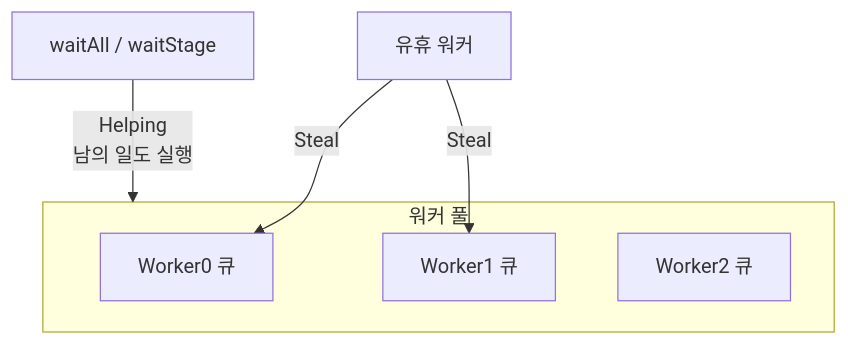
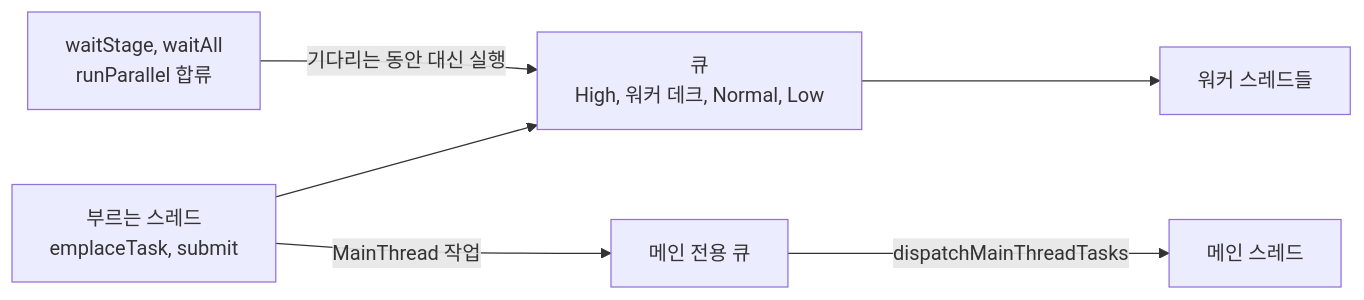
Before and after one commit to sswgame/LearningTemplate: the diagram in Source/Core/Task/README.md, drawn with Mermaid. The commit also changed other lines of this file, not shown here.

First line of the commit message:
문서 - Task README 를 따라 하기(DAG · 퓨처 · 병렬 for)와 큐 순서 · 대기 원리로 다시 쓴다

````diff
--- a/Source/Core/Task/README.md
+++ b/Source/Core/Task/README.md
@@ -306,11 +14,7 @@
 ```mermaid
-flowchart TB
-  subgraph pool ["워커 풀"]
-    W0["Worker0 큐"]
-    W1["Worker1 큐"]
-    W2["Worker2 큐"]
-  end
-  Idle["유휴 워커"] -->|Steal| W0
-  Idle -->|Steal| W1
-  Wait["waitAll / waitStage"] -->|Helping<br/>남의 일도 실행| pool
+flowchart LR
+  Caller["부르는 스레드<br/>emplaceTask, submit"] --> Queues["큐<br/>High, 워커 데크, Normal, Low"]
+  Queues --> Workers["워커 스레드들"]
+  Caller -- "MainThread 작업" --> MainQ["메인 전용 큐"] -- "dispatchMainThreadTasks" --> Main["메인 스레드"]
+  Wait["waitStage, waitAll<br/>runParallel 합류"] -- "기다리는 동안 대신 실행" --> Queues
 ```
````
